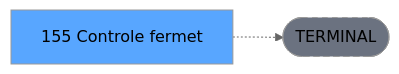
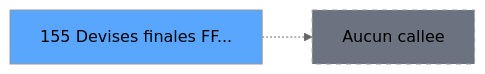
One commit to thonyAGP/magic-migration changed the third of 3 diagrams in .openspec/specs/ADH-IDE-155.md. Above: the diagram before and after it, drawn with Mermaid (neutral theme). The commit also changed other lines of this file and 311 other files, not shown here.

````diff
--- a/.openspec/specs/ADH-IDE-155.md
+++ b/.openspec/specs/ADH-IDE-155.md
@@ -158,8 +168,8 @@
 ```mermaid
 graph LR
-    T[155 Controle fermet]
-    TERM([TERMINAL])
-    T -.-> TERM
-    style TERM fill:#6b7280,stroke-dasharray: 5 5
-    style T fill:#58a6ff,color:#000
+    T155[155 Devises finales FF...]
+    style T155 fill:#58a6ff
+    NONE[Aucun callee]
+    T155 -.-> NONE
+    style NONE fill:#6b7280,stroke-dasharray: 5 5
 ```
````
